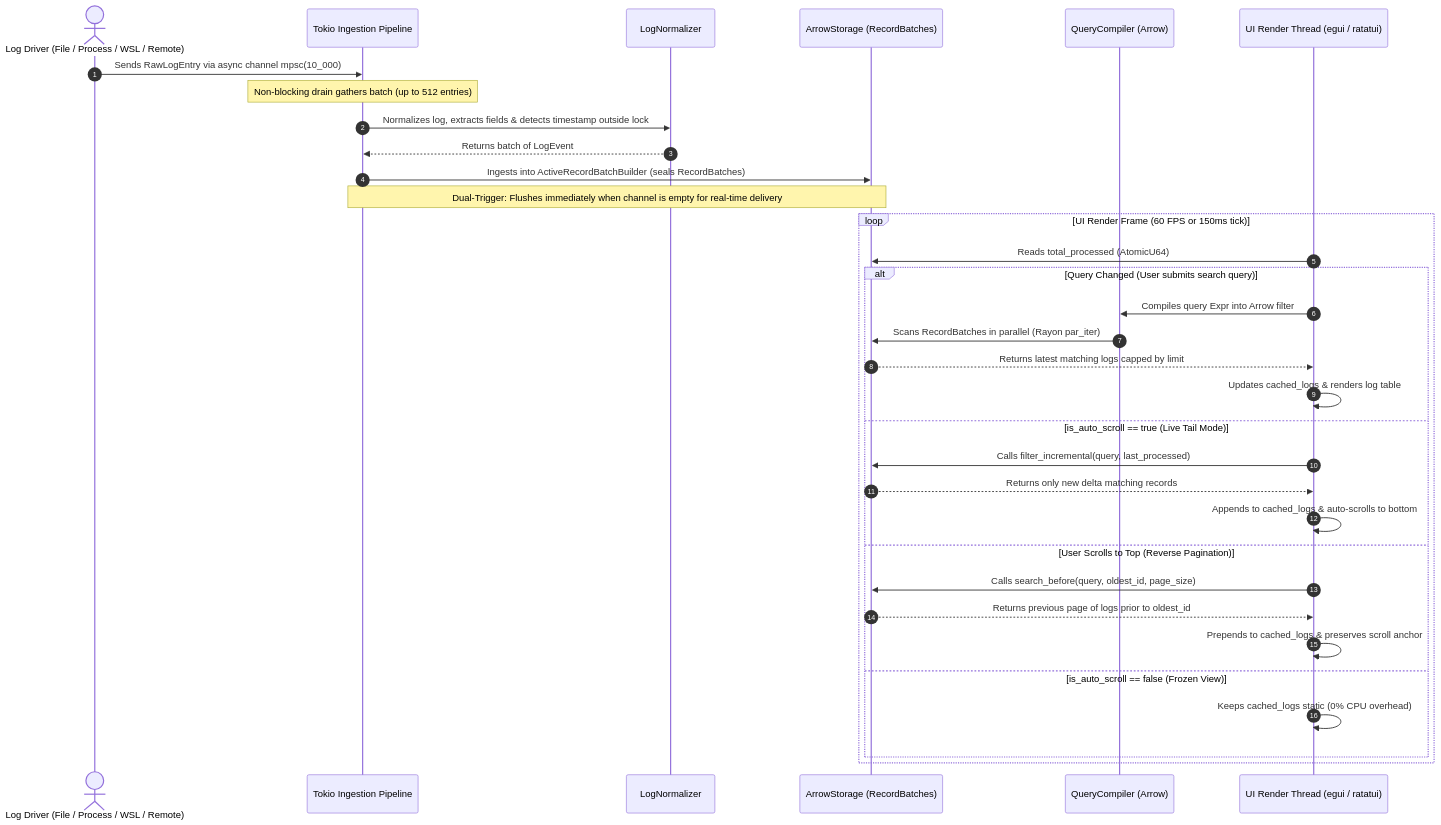
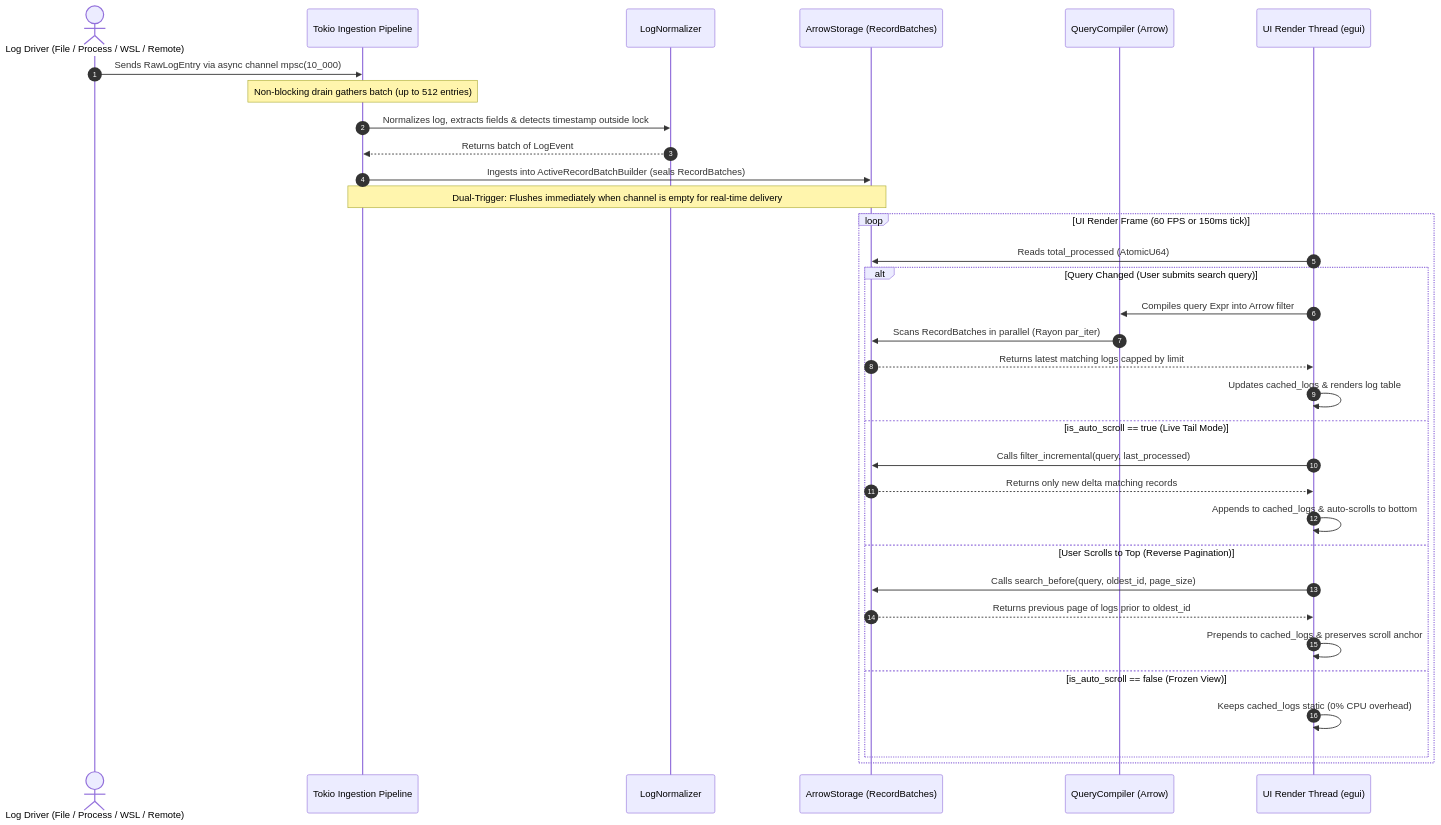
The second of 2 diagrams in archi.md (gavuhop/uwulog-rust), drawn with Mermaid before and after one commit. The commit also changed other lines of this file and 28 other files, not shown here.

````diff
--- a/archi.md
+++ b/archi.md
@@ -179,37 +173,37 @@
 ```mermaid
 sequenceDiagram
     autonumber
     actor Driver as Log Driver (File / Process / WSL / Remote)
     participant TokioRx as Tokio Ingestion Pipeline
     participant Normalizer as LogNormalizer
     participant ArrowStore as ArrowStorage (RecordBatches)
     participant Compiler as QueryCompiler (Arrow)
-    participant UIThread as UI Render Thread (egui / ratatui)
+    participant UIThread as UI Render Thread (egui)
 
     Driver->>TokioRx: Sends RawLogEntry via async channel mpsc(10_000)
     Note over TokioRx: Non-blocking drain gathers batch (up to 512 entries)
     TokioRx->>Normalizer: Normalizes log, extracts fields & detects timestamp outside lock
     Normalizer-->>TokioRx: Returns batch of LogEvent
     TokioRx->>ArrowStore: Ingests into ActiveRecordBatchBuilder (seals RecordBatches)
     Note over TokioRx,ArrowStore: Dual-Trigger: Flushes immediately when channel is empty for real-time delivery
 
     loop UI Render Frame (60 FPS or 150ms tick)
         UIThread->>ArrowStore: Reads total_processed (AtomicU64)
         alt Query Changed (User submits search query)
             UIThread->>Compiler: Compiles query Expr into Arrow filter
             Compiler->>ArrowStore: Scans RecordBatches in parallel (Rayon par_iter)
             ArrowStore-->>UIThread: Returns latest matching logs capped by limit
             UIThread->>UIThread: Updates cached_logs & renders log table
         else is_auto_scroll == true (Live Tail Mode)
             UIThread->>ArrowStore: Calls filter_incremental(query, last_processed)
             ArrowStore-->>UIThread: Returns only new delta matching records
             UIThread->>UIThread: Appends to cached_logs & auto-scrolls to bottom
         else User Scrolls to Top (Reverse Pagination)
             UIThread->>ArrowStore: Calls search_before(query, oldest_id, page_size)
             ArrowStore-->>UIThread: Returns previous page of logs prior to oldest_id
             UIThread->>UIThread: Prepends to cached_logs & preserves scroll anchor
         else is_auto_scroll == false (Frozen View)
             UIThread->>UIThread: Keeps cached_logs static (0% CPU overhead)
         end
     end
 ```
````
